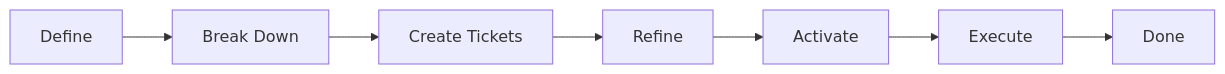
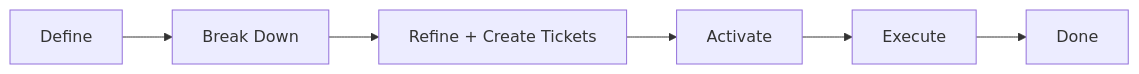
Before and after one commit to omglikeomg/spec-driven-development-boilerplate: the first of 3 diagrams in user-development/DEVELOPMENT-GUIDE.md, drawn with Mermaid. The commit also changed other lines of this file and 6 other files, not shown here.

````diff
--- a/user-development/DEVELOPMENT-GUIDE.md
+++ b/user-development/DEVELOPMENT-GUIDE.md
@@ -122,9 +128,8 @@
 ```mermaid
 graph LR
     D[Define]:::accent0 --> B[Break Down]:::accent1
-    B --> C[Create Tickets]:::accent2
-    C --> R[Refine]:::accent3
-    R --> A[Activate]:::accent4
-    A --> E[Execute]:::accent5
-    E --> DN[Done]:::accent6
+    B --> R[Refine + Create Tickets]:::accent2
+    R --> A[Activate]:::accent3
+    A --> E[Execute]:::accent4
+    E --> DN[Done]:::accent5
 ```
````
